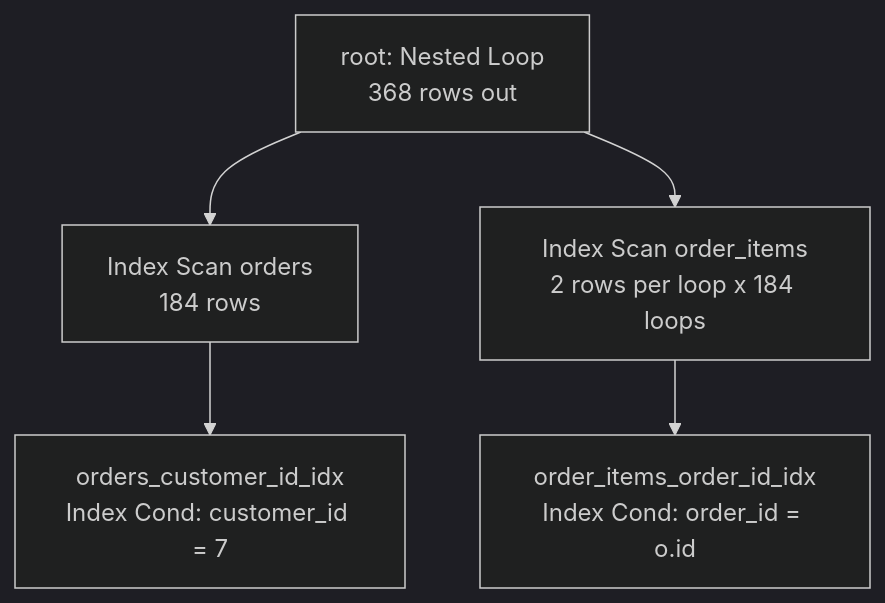
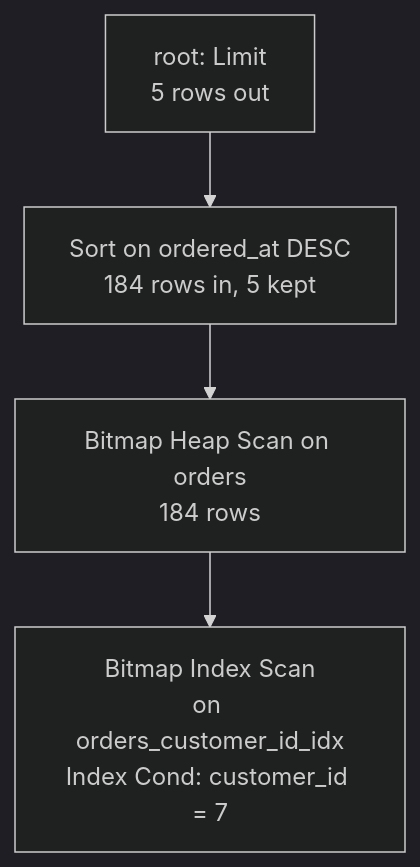
Before and after one commit to theakhandpatel/querycraft: the diagram in web/src/data/content/p2.md, drawn with Mermaid (dark theme). The commit also changed other lines of this file and 61 other files, not shown here.

````diff
--- a/web/src/data/content/p2.md
+++ b/web/src/data/content/p2.md
@@ -21,7 +36,6 @@
 ```mermaid
 flowchart TD
-    R["root: Nested Loop<br/>368 rows out"] --> A["Index Scan orders<br/>184 rows"]
-    R --> B["Index Scan order_items<br/>2 rows per loop x 184 loops"]
-    A --> AO["orders_customer_id_idx<br/>Index Cond: customer_id = 7"]
-    B --> BO["order_items_order_id_idx<br/>Index Cond: order_id = o.id"]
+    L["root: Limit<br/>5 rows out"] --> S["Sort on ordered_at DESC<br/>184 rows in, 5 kept"]
+    S --> H["Bitmap Heap Scan on orders<br/>184 rows"]
+    H --> B["Bitmap Index Scan<br/>on orders_customer_id_idx<br/>Index Cond: customer_id = 7"]
 ```
````
